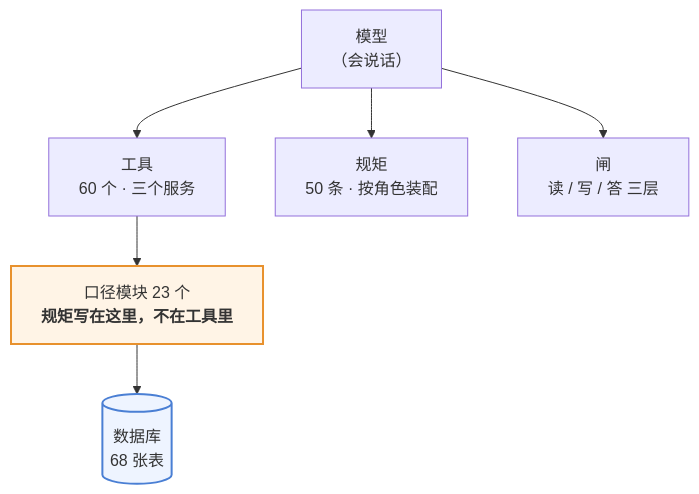
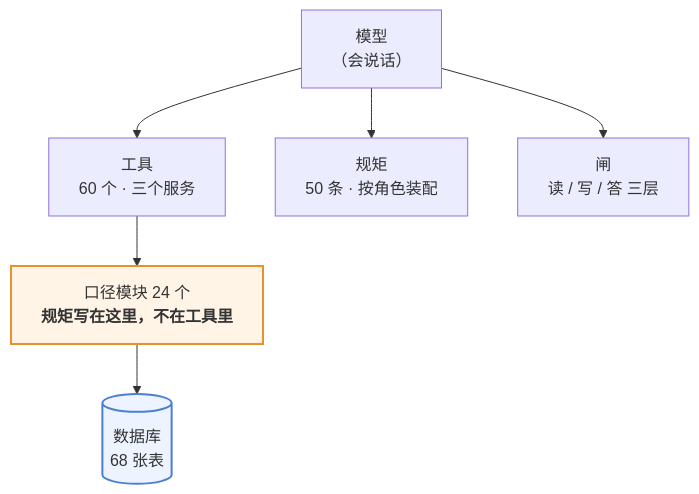
The first of 3 diagrams in 澜绣云裳agent-产品说明.md (843773296-rgb/lanxiu-yunshang-agent), drawn with Mermaid before and after one commit. The commit also changed other lines of this file and 11 other files, not shown here.

````diff
--- a/澜绣云裳agent-产品说明.md
+++ b/澜绣云裳agent-产品说明.md
@@ -62,12 +62,12 @@
 ```mermaid
 flowchart TD
     M["模型<br/>（会说话）"]
     M --> T["工具<br/>60 个 · 三个服务"]
     M --> R["规矩<br/>50 条 · 按角色装配"]
     M --> G["闸<br/>读 / 写 / 答 三层"]
-    T --> K["口径模块 23 个<br/><b>规矩写在这里，不在工具里</b>"]
+    T --> K["口径模块 24 个<br/><b>规矩写在这里，不在工具里</b>"]
     K --> DB[("数据库<br/>68 张表")]
 
     style K fill:#fff4e6,stroke:#e8912d,stroke-width:2px
     style DB fill:#eef4ff,stroke:#4a7fd4,stroke-width:2px
 ```
````
